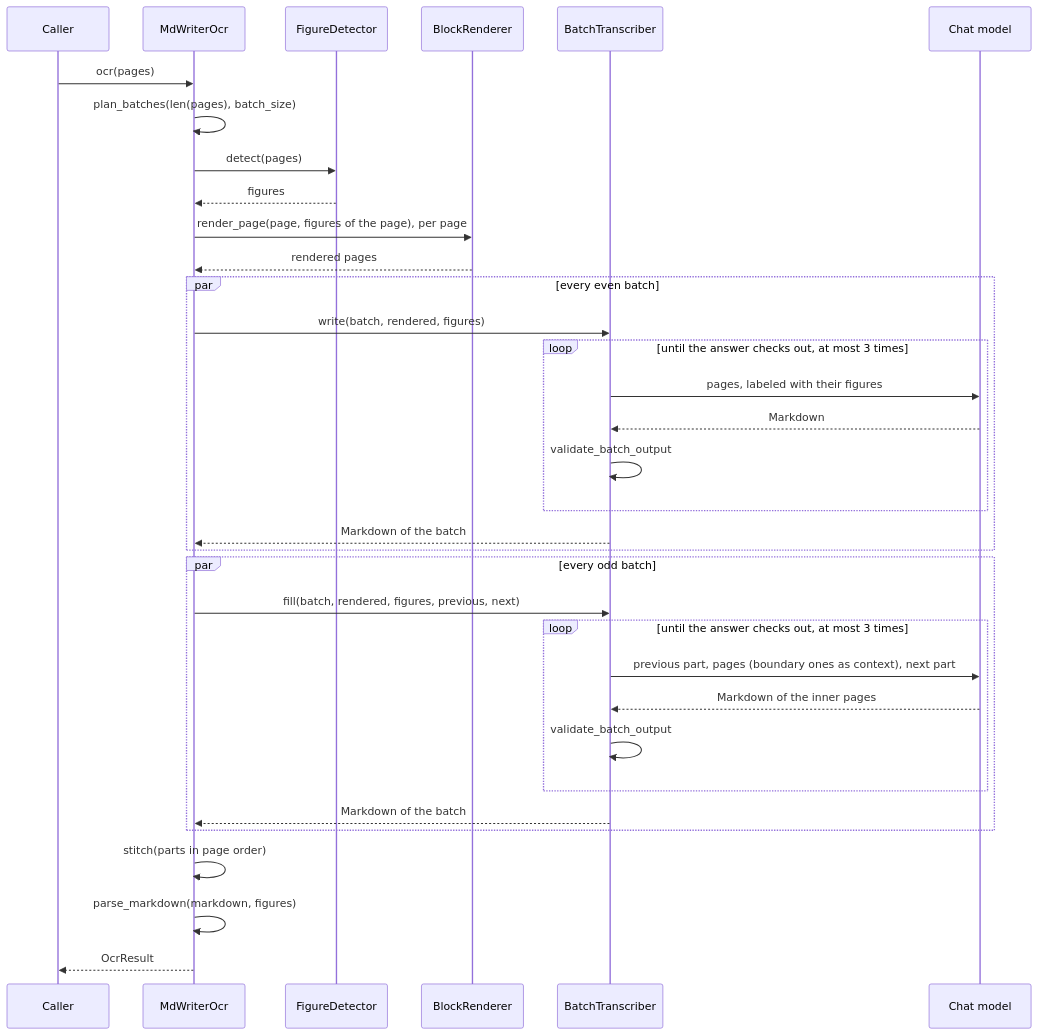
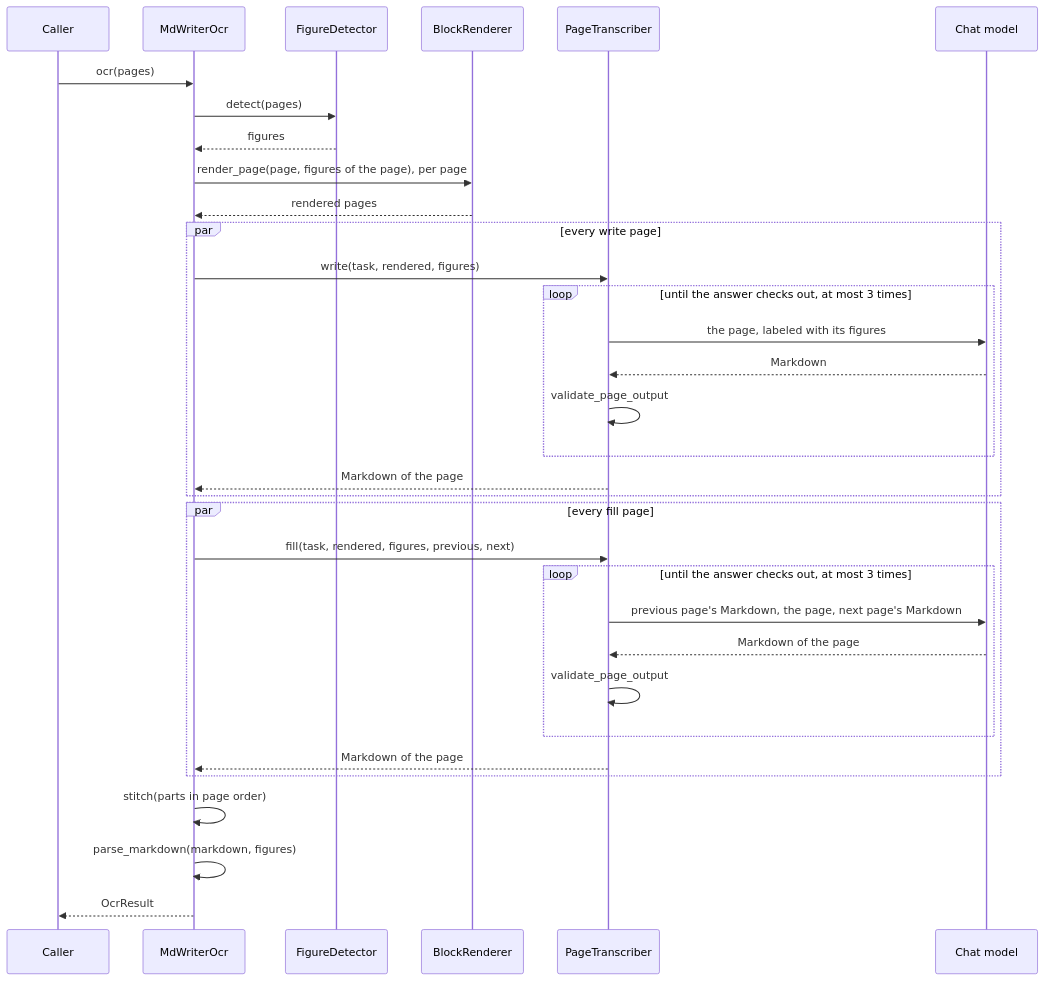
The third of 3 diagrams in Uploader/OcrModule/MdWriter/Docs/MdWriterOcr.md (konbraphat51/SuperSuat), drawn with Mermaid before and after one commit. The commit also changed other lines of this file and 7 other files, not shown here.

Commit message:
docs: describe MdWriter's one-page requests and its two passes

````diff
--- a/Uploader/OcrModule/MdWriter/Docs/MdWriterOcr.md
+++ b/Uploader/OcrModule/MdWriter/Docs/MdWriterOcr.md
@@ -148,36 +145,35 @@
 ```mermaid
 sequenceDiagram
     participant Caller
     participant L as MdWriterOcr
     participant D as FigureDetector
     participant R as BlockRenderer
-    participant T as BatchTranscriber
+    participant T as PageTranscriber
     participant M as Chat model
     Caller->>L: ocr(pages)
-    L->>L: plan_batches(len(pages), batch_size)
     L->>D: detect(pages)
     D-->>L: figures
     L->>R: render_page(page, figures of the page), per page
     R-->>L: rendered pages
-    par every even batch
-        L->>T: write(batch, rendered, figures)
+    par every write page
+        L->>T: write(task, rendered, figures)
         loop until the answer checks out, at most 3 times
-            T->>M: pages, labeled with their figures
+            T->>M: the page, labeled with its figures
             M-->>T: Markdown
-            T->>T: validate_batch_output
+            T->>T: validate_page_output
         end
-        T-->>L: Markdown of the batch
+        T-->>L: Markdown of the page
     end
-    par every odd batch
-        L->>T: fill(batch, rendered, figures, previous, next)
+    par every fill page
+        L->>T: fill(task, rendered, figures, previous, next)
         loop until the answer checks out, at most 3 times
-            T->>M: previous part, pages (boundary ones as context), next part
-            M-->>T: Markdown of the inner pages
-            T->>T: validate_batch_output
+            T->>M: previous page's Markdown, the page, next page's Markdown
+            M-->>T: Markdown of the page
+            T->>T: validate_page_output
         end
-        T-->>L: Markdown of the batch
+        T-->>L: Markdown of the page
     end
     L->>L: stitch(parts in page order)
     L->>L: parse_markdown(markdown, figures)
     L-->>Caller: OcrResult
 ```
````
